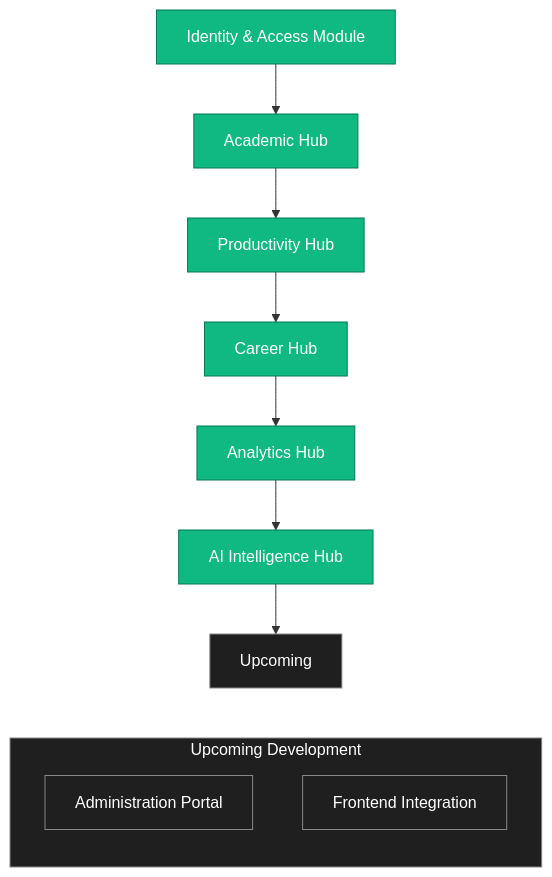
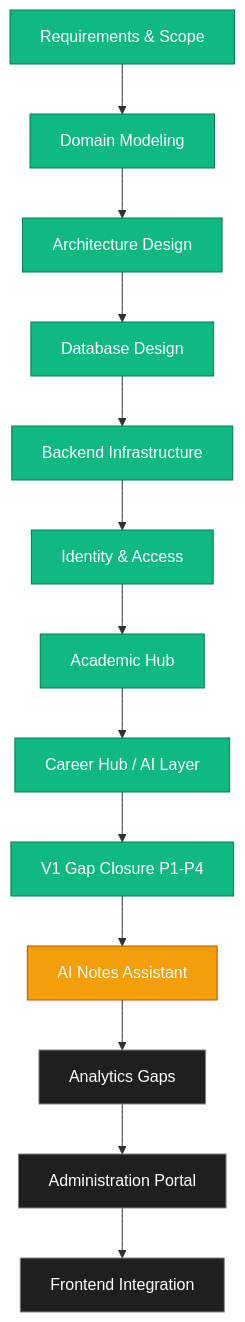
One commit to sufiyanshaikh06/integrum changed the fourth of 4 diagrams in PROJECT_PROGRESS.md. Above: the diagram before and after it, drawn with Mermaid. The commit also changed other lines of this file, not shown here.

````diff
--- a/PROJECT_PROGRESS.md
+++ b/PROJECT_PROGRESS.md
@@ -350,32 +225,29 @@
 ```mermaid
 flowchart TD
-    A[Identity & Access Module] --> B[Academic Hub]
-    B --> C[Productivity Hub]
-    C --> D[Career Hub]
-    D --> E[Analytics Hub]
-    E --> F[AI Intelligence Hub]
-    F --> I[Upcoming]
-
-    subgraph UpcomingDevelopment["Upcoming Development"]
-        direction TD
-        G[Administration Portal]
-        H[Frontend Integration]
-    end
-
-    %% Force Upcoming Development below the completed flow
-    I ~~~ G
+    A[Requirements & Scope] --> B[Domain Modeling]
+    B --> C[Architecture Design]
+    C --> D[Database Design]
+    D --> E[Backend Infrastructure]
+    E --> F[Identity & Access]
+    F --> G[Academic Hub]
+    G --> H[Career Hub / AI Layer]
+    H --> I[V1 Gap Closure P1-P4]
+    I --> J[AI Notes Assistant]
+    J --> K[Analytics Gaps]
+    K --> L[Administration Portal]
+    L --> M[Frontend Integration]
 
     style A fill:#10b981,stroke:#047857,color:#fff
     style B fill:#10b981,stroke:#047857,color:#fff
     style C fill:#10b981,stroke:#047857,color:#fff
     style D fill:#10b981,stroke:#047857,color:#fff
     style E fill:#10b981,stroke:#047857,color:#fff
     style F fill:#10b981,stroke:#047857,color:#fff
-
-    style I fill:#1f1f1f,stroke:#888,color:#fff
-
-    style G fill:#1f1f1f,stroke:#888,color:#fff
-    style H fill:#1f1f1f,stroke:#888,color:#fff
-
-    style UpcomingDevelopment fill:#1f1f1f,stroke:#888,color:#fff
+    style G fill:#10b981,stroke:#047857,color:#fff
+    style H fill:#10b981,stroke:#047857,color:#fff
+    style I fill:#10b981,stroke:#047857,color:#fff
+    style J fill:#f59e0b,stroke:#b45309,color:#fff
+    style K fill:#1f1f1f,stroke:#888,color:#fff
+    style L fill:#1f1f1f,stroke:#888,color:#fff
+    style M fill:#1f1f1f,stroke:#888,color:#fff
 ```
````
